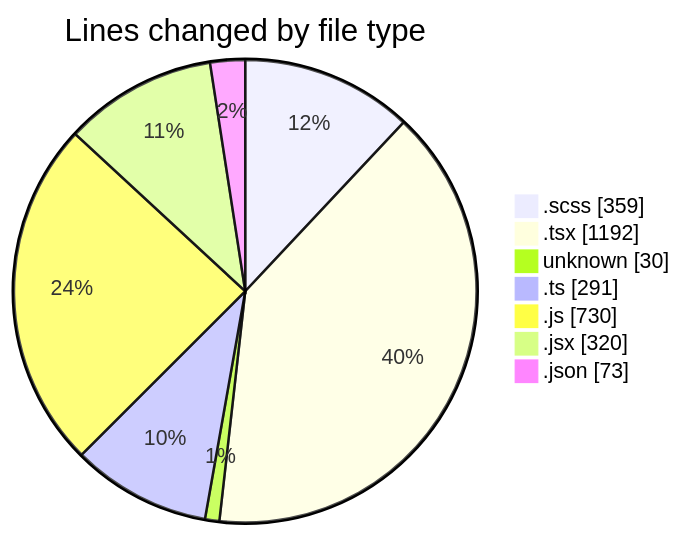
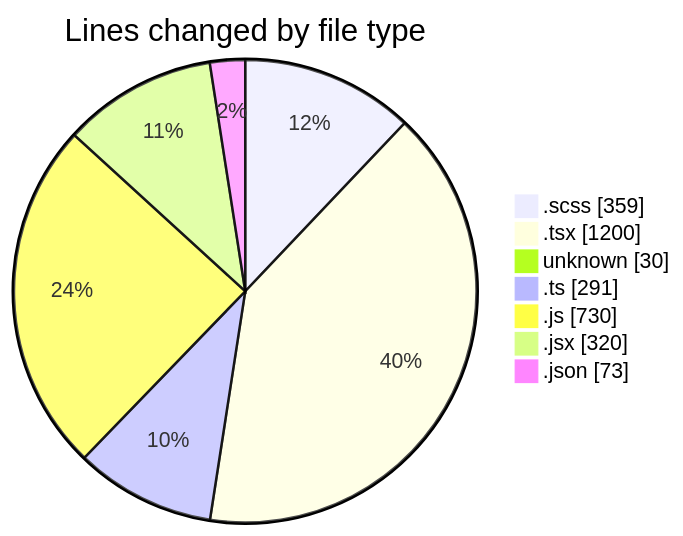
The first of 2 diagrams in 2025-03-05/cda/README.md (momahboobian/code-tracking), drawn with Mermaid before and after one commit. The commit also changed other lines of this file and 1 other file, not shown here.

````diff
--- a/2025-03-05/cda/README.md
+++ b/2025-03-05/cda/README.md
@@ -45,11 +45,11 @@
 ```mermaid
 pie showData
 title Lines changed by file type
 ".scss" : 359
-".tsx" : 1192
+".tsx" : 1200
 "unknown" : 30
 ".ts" : 291
 ".js" : 730
 ".jsx" : 320
 ".json" : 73
 ```
````
